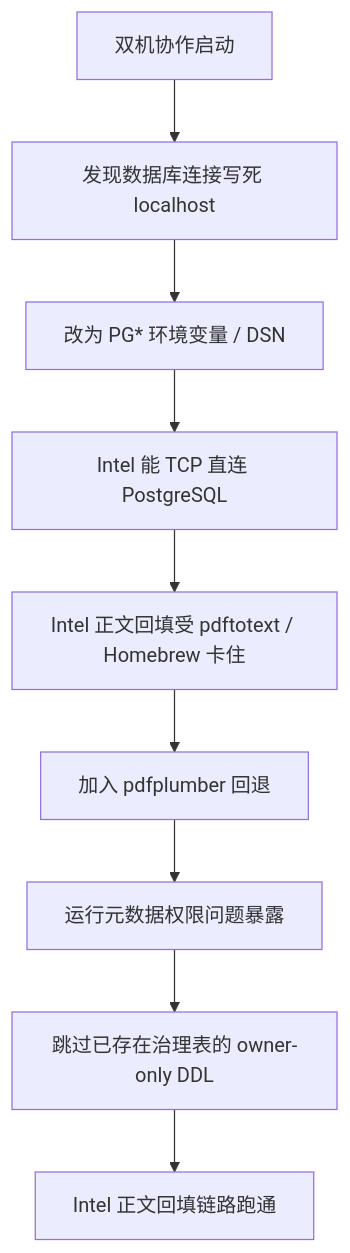
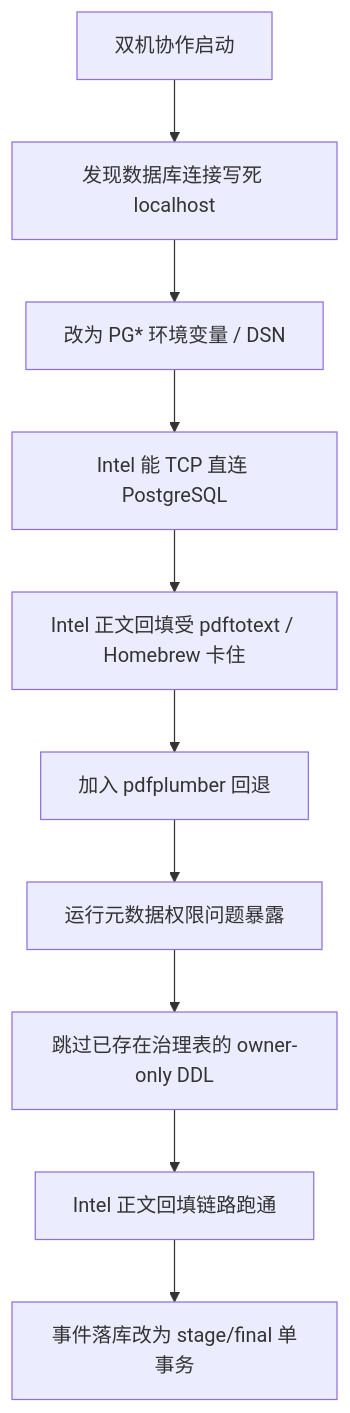
Before and after one commit to Timcai06/SPM: the diagram in docs/KNOWN_ISSUES.md, drawn with Mermaid. The commit also changed other lines of this file and 3 other files, not shown here.

Commit message:
events: make stage and final loads transactional

````diff
--- a/docs/KNOWN_ISSUES.md
+++ b/docs/KNOWN_ISSUES.md
@@ -29,11 +31,12 @@
 ```mermaid
 flowchart TD
     A["双机协作启动"] --> B["发现数据库连接写死 localhost"]
     B --> C["改为 PG* 环境变量 / DSN"]
     C --> D["Intel 能 TCP 直连 PostgreSQL"]
     D --> E["Intel 正文回填受 pdftotext / Homebrew 卡住"]
     E --> F["加入 pdfplumber 回退"]
     F --> G["运行元数据权限问题暴露"]
     G --> H["跳过已存在治理表的 owner-only DDL"]
     H --> I["Intel 正文回填链路跑通"]
+    I --> J["事件落库改为 stage/final 单事务"]
 ```
````
